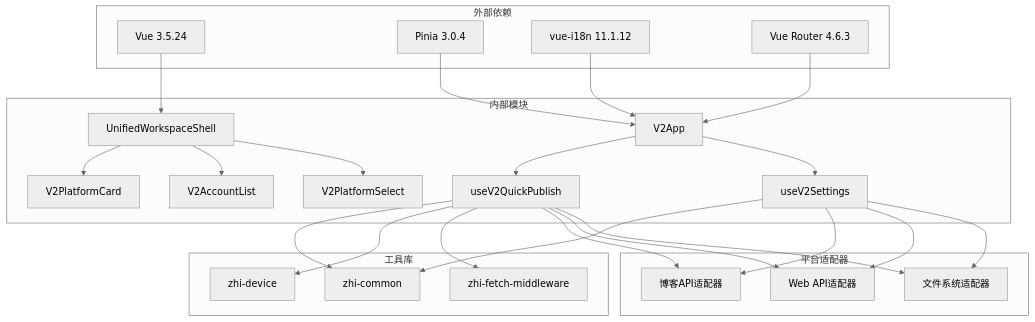
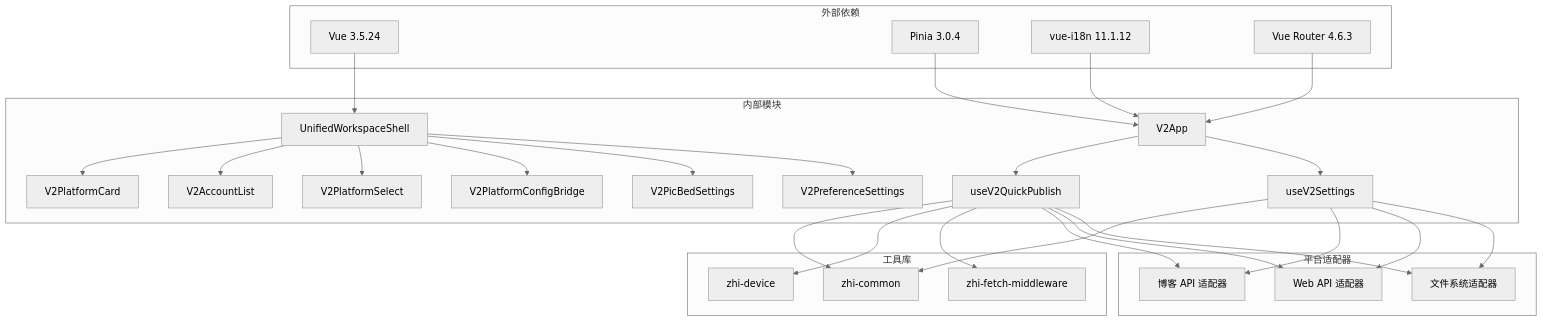
The tenth of 10 diagrams in .qoder/repowiki/zh/content/统一工作壳组件.md (terwer/siyuan-plugin-publisher), drawn with Mermaid (neutral theme) before and after one commit. The commit also changed other lines of this file and 27 other files, not shown here.

First line of the commit message:
feat(commonblog): add common blog setting component for platform config

````diff
--- a/.qoder/repowiki/zh/content/统一工作壳组件.md
+++ b/.qoder/repowiki/zh/content/统一工作壳组件.md
@@ -456,47 +470,53 @@
 ```mermaid
 graph TD
 subgraph "外部依赖"
 Vue[Vue 3.5.24]
 Pinia[Pinia 3.0.4]
 I18n[vue-i18n 11.1.12]
 Router[Vue Router 4.6.3]
 end
 subgraph "内部模块"
 Shell[UnifiedWorkspaceShell]
 V2App[V2App]
 QuickPublish[useV2QuickPublish]
 Settings[useV2Settings]
 PlatformCard[V2PlatformCard]
 AccountList[V2AccountList]
 PlatformSelect[V2PlatformSelect]
+PlatformConfig[V2PlatformConfigBridge]
+PicBedSettings[V2PicBedSettings]
+PreferenceSettings[V2PreferenceSettings]
 end
 subgraph "工具库"
 Common[zhi-common]
 Device[zhi-device]
 Fetch[zhi-fetch-middleware]
 end
 subgraph "平台适配器"
-BlogApis[博客API适配器]
-WebApis[Web API适配器]
+BlogApis[博客 API 适配器]
+WebApis[Web API 适配器]
 FileSystem[文件系统适配器]
 end
 Vue --> Shell
 Pinia --> V2App
 I18n --> V2App
 Router --> V2App
 Shell --> PlatformCard
 Shell --> AccountList
 Shell --> PlatformSelect
+Shell --> PlatformConfig
+Shell --> PicBedSettings
+Shell --> PreferenceSettings
 V2App --> QuickPublish
 V2App --> Settings
 QuickPublish --> Common
 QuickPublish --> Device
 QuickPublish --> Fetch
 QuickPublish --> BlogApis
 QuickPublish --> WebApis
 QuickPublish --> FileSystem
 Settings --> Common
 Settings --> BlogApis
 Settings --> WebApis
 Settings --> FileSystem
 ```
````
